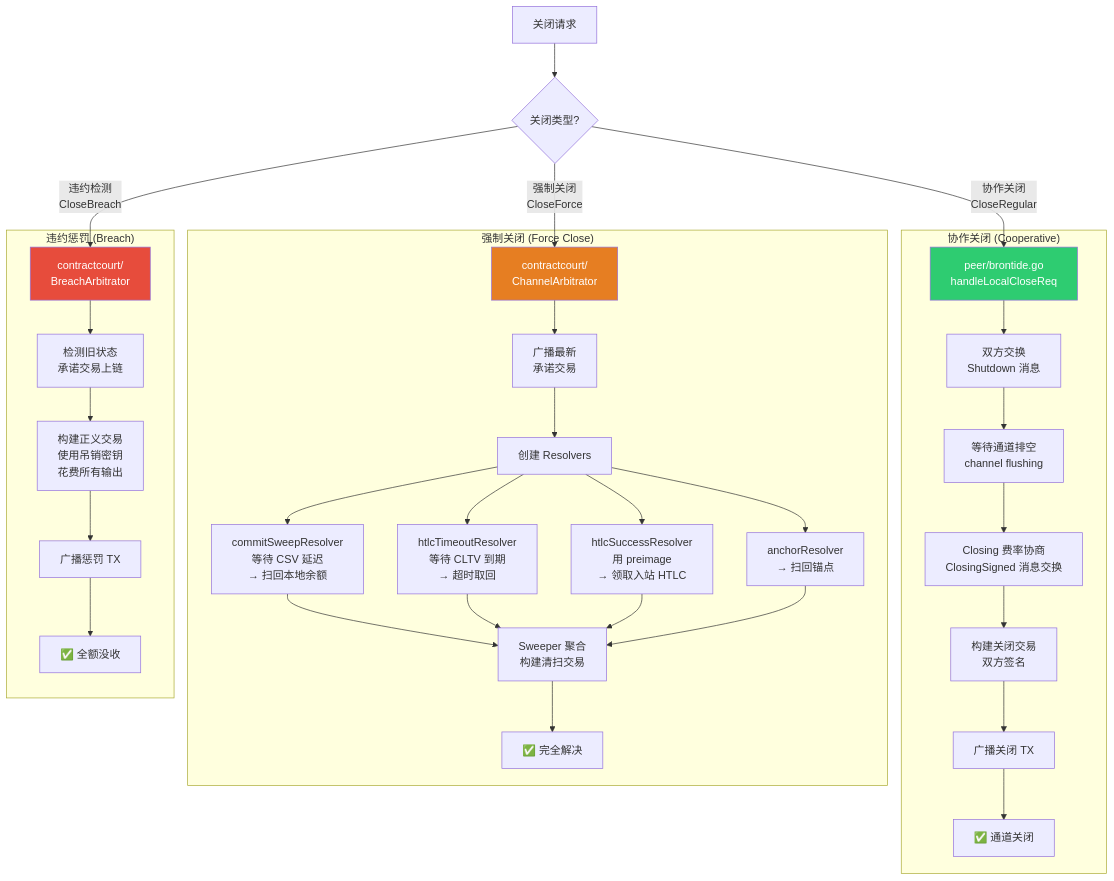
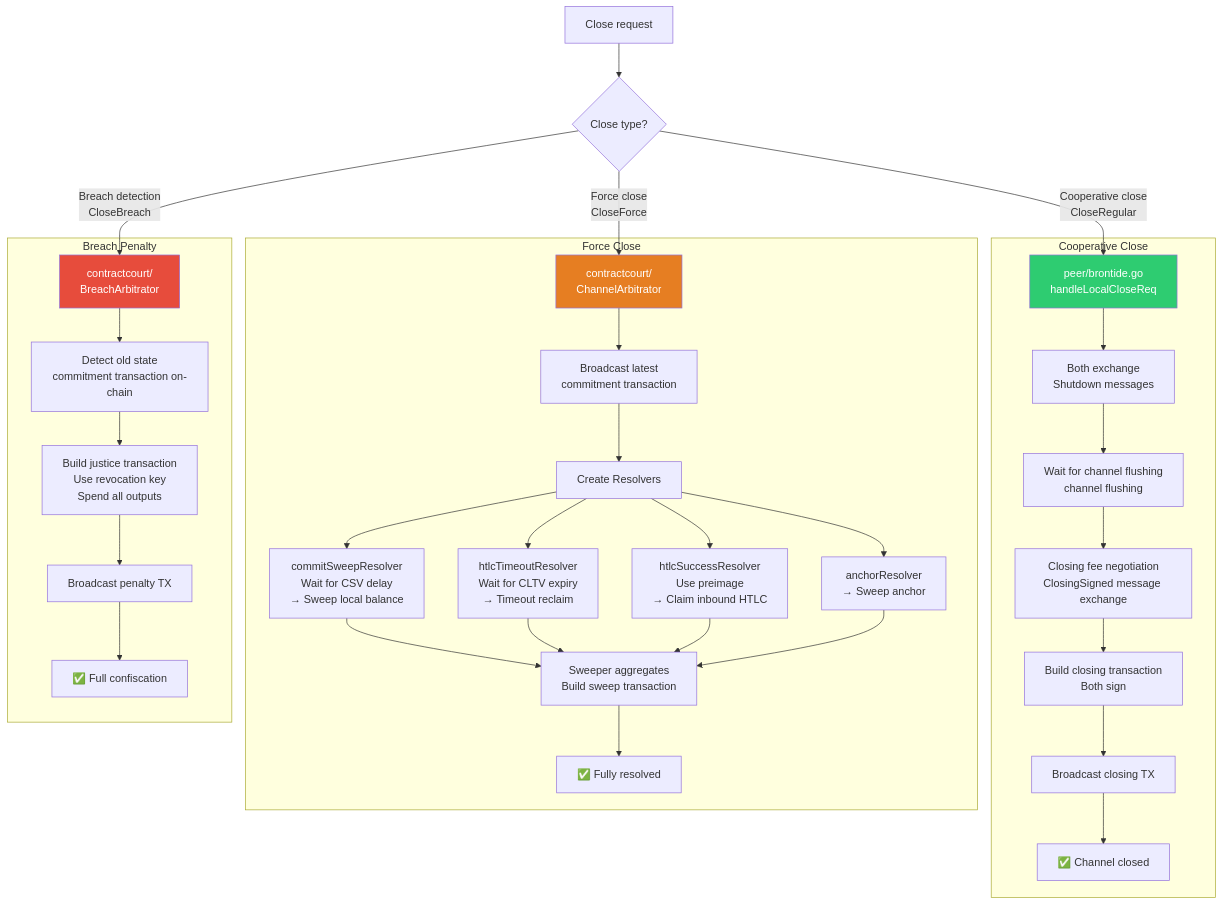
Before and after one commit to loka-network/loka-p2p-lnd: the fifth of 8 diagrams in 1-refactor-docs/lnd-architecture.md, drawn with Mermaid. The commit also changed other lines of this file and 12 other files, not shown here.

````diff
--- a/1-refactor-docs/lnd-architecture.md
+++ b/1-refactor-docs/lnd-architecture.md
@@ -505,44 +505,44 @@
 ```mermaid
 flowchart TB
-    Start["关闭请求"]
+    Start["Close request"]
 
-    Start --> Type{"关闭类型?"}
+    Start --> Type{"Close type?"}
 
-    Type -->|"协作关闭<br/>CloseRegular"| Coop
-    Type -->|"强制关闭<br/>CloseForce"| Force
-    Type -->|"违约检测<br/>CloseBreach"| Breach
+    Type -->|"Cooperative close<br/>CloseRegular"| Coop
+    Type -->|"Force close<br/>CloseForce"| Force
+    Type -->|"Breach detection<br/>CloseBreach"| Breach
 
-    subgraph "协作关闭 (Cooperative)"
+    subgraph "Cooperative Close"
         Coop["peer/brontide.go<br/>handleLocalCloseReq"]
-        Coop --> Shutdown["双方交换<br/>Shutdown 消息"]
-        Shutdown --> Flush["等待通道排空<br/>channel flushing"]
-        Flush --> Negotiate["Closing 费率协商<br/>ClosingSigned 消息交换"]
-        Negotiate --> CoopTx["构建关闭交易<br/>双方签名"]
-        CoopTx --> Broadcast["广播关闭 TX"]
-        Broadcast --> Done1["✅ 通道关闭"]
+        Coop --> Shutdown["Both exchange<br/>Shutdown messages"]
+        Shutdown --> Flush["Wait for channel flushing<br/>channel flushing"]
+        Flush --> Negotiate["Closing fee negotiation<br/>ClosingSigned message exchange"]
+        Negotiate --> CoopTx["Build closing transaction<br/>Both sign"]
+        CoopTx --> Broadcast["Broadcast closing TX"]
+        Broadcast --> Done1["✅ Channel closed"]
     end
 
-    subgraph "强制关闭 (Force Close)"
+    subgraph "Force Close"
         Force["contractcourt/<br/>ChannelArbitrator"]
-        Force --> PublishCommit["广播最新<br/>承诺交易"]
-        PublishCommit --> Resolvers["创建 Resolvers"]
-        Resolvers --> R1["commitSweepResolver<br/>等待 CSV 延迟<br/>→ 扫回本地余额"]
-        Resolvers --> R2["htlcTimeoutResolver<br/>等待 CLTV 到期<br/>→ 超时取回"]
-        Resolvers --> R3["htlcSuccessResolver<br/>用 preimage<br/>→ 领取入站 HTLC"]
-        Resolvers --> R4["anchorResolver<br/>→ 扫回锚点"]
-        R1 & R2 & R3 & R4 --> Sweep["Sweeper 聚合<br/>构建清扫交易"]
-        Sweep --> Done2["✅ 完全解决"]
+        Force --> PublishCommit["Broadcast latest<br/>commitment transaction"]
+        PublishCommit --> Resolvers["Create Resolvers"]
+        Resolvers --> R1["commitSweepResolver<br/>Wait for CSV delay<br/>→ Sweep local balance"]
+        Resolvers --> R2["htlcTimeoutResolver<br/>Wait for CLTV expiry<br/>→ Timeout reclaim"]
+        Resolvers --> R3["htlcSuccessResolver<br/>Use preimage<br/>→ Claim inbound HTLC"]
+        Resolvers --> R4["anchorResolver<br/>→ Sweep anchor"]
+        R1 & R2 & R3 & R4 --> Sweep["Sweeper aggregates<br/>Build sweep transaction"]
+        Sweep --> Done2["✅ Fully resolved"]
     end
 
-    subgraph "违约惩罚 (Breach)"
+    subgraph "Breach Penalty"
         Breach["contractcourt/<br/>BreachArbitrator"]
-        Breach --> Detect["检测旧状态<br/>承诺交易上链"]
-        Detect --> Justice["构建正义交易<br/>使用吊销密钥<br/>花费所有输出"]
-        Justice --> BroadcastJ["广播惩罚 TX"]
-        BroadcastJ --> Done3["✅ 全额没收"]
+        Breach --> Detect["Detect old state<br/>commitment transaction on-chain"]
+        Detect --> Justice["Build justice transaction<br/>Use revocation key<br/>Spend all outputs"]
+        Justice --> BroadcastJ["Broadcast penalty TX"]
+        BroadcastJ --> Done3["✅ Full confiscation"]
     end
 
     style Coop fill:#2ecc71,color:#fff
     style Force fill:#e67e22,color:#fff
     style Breach fill:#e74c3c,color:#fff
 ```
````
